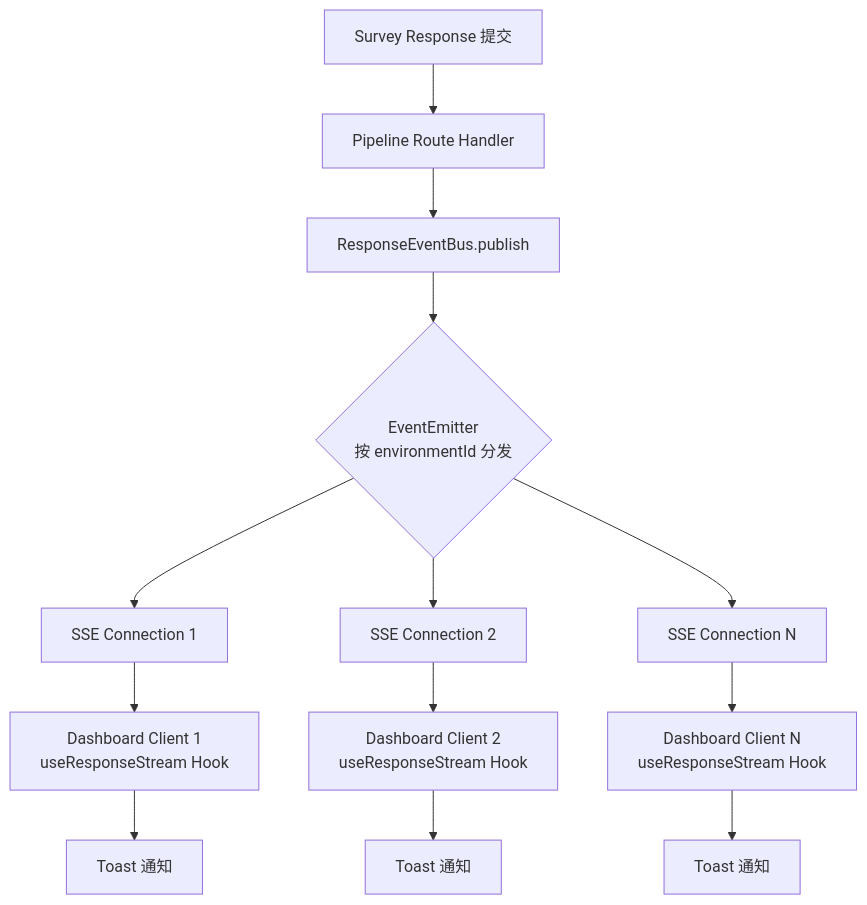
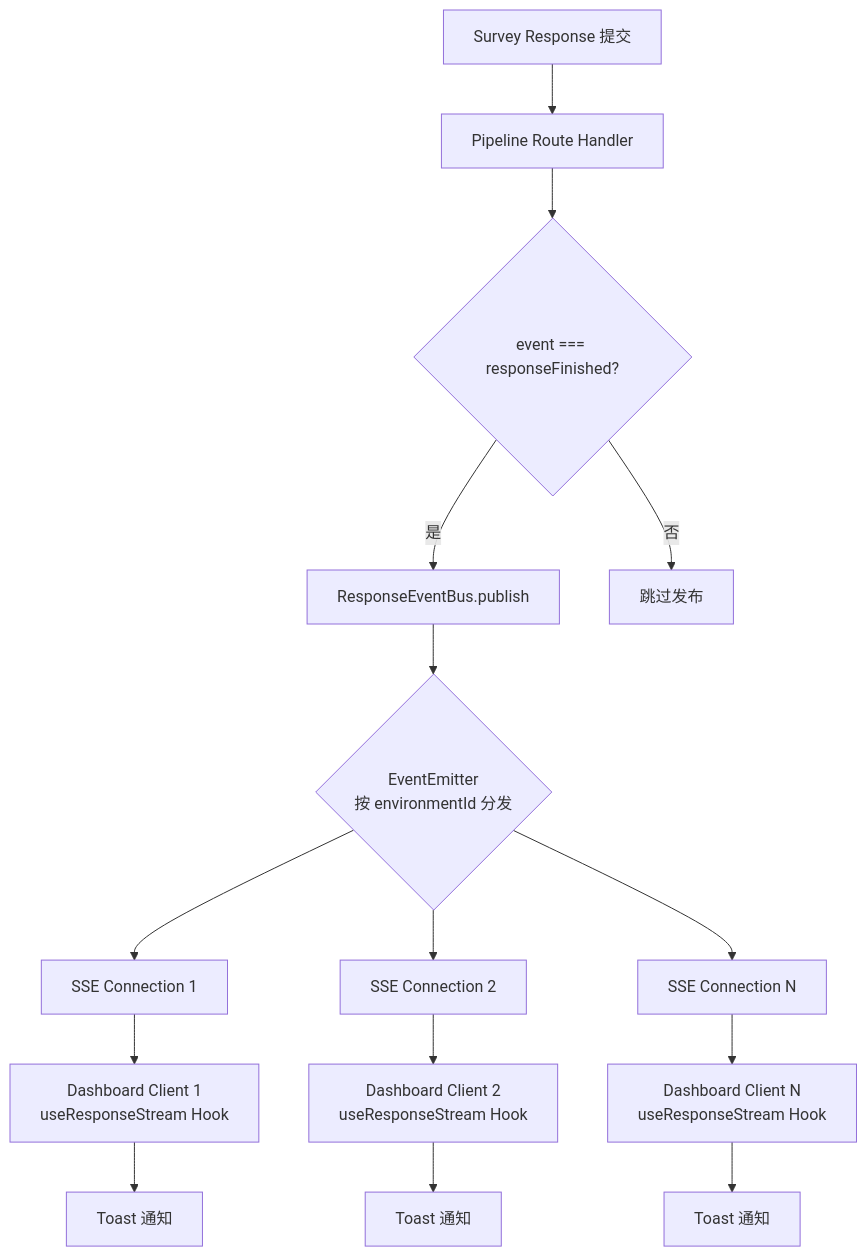
One commit to JoeShi/formbricks changed the first of 2 diagrams in .kiro/specs/response-notification-stream/design.md. Above: the diagram before and after it, drawn with Mermaid. The commit also changed other lines of this file and 6 other files, not shown here.

First line of the commit message:
feat(response-notification): simplify SSE stream with native browser reconnection

````diff
--- a/.kiro/specs/response-notification-stream/design.md
+++ b/.kiro/specs/response-notification-stream/design.md
@@ -27,15 +28,17 @@
 ```mermaid
 graph TD
     A[Survey Response 提交] --> B[Pipeline Route Handler]
-    B --> C[ResponseEventBus.publish]
-    C --> D{EventEmitter<br/>按 environmentId 分发}
-    D --> E[SSE Connection 1]
-    D --> F[SSE Connection 2]
-    D --> G[SSE Connection N]
-    E --> H[Dashboard Client 1<br/>useResponseStream Hook]
-    F --> I[Dashboard Client 2<br/>useResponseStream Hook]
-    G --> J[Dashboard Client N<br/>useResponseStream Hook]
-    H --> K[Toast 通知]
-    I --> L[Toast 通知]
+    B --> C{event === responseFinished?}
+    C -->|是| D[ResponseEventBus.publish]
+    C -->|否| E[跳过发布]
+    D --> F{EventEmitter<br/>按 environmentId 分发}
+    F --> G[SSE Connection 1]
+    F --> H[SSE Connection 2]
+    F --> I[SSE Connection N]
+    G --> J[Dashboard Client 1<br/>useResponseStream Hook]
+    H --> K[Dashboard Client 2<br/>useResponseStream Hook]
+    I --> L[Dashboard Client N<br/>useResponseStream Hook]
     J --> M[Toast 通知]
+    K --> N[Toast 通知]
+    L --> O[Toast 通知]
 ```
````
